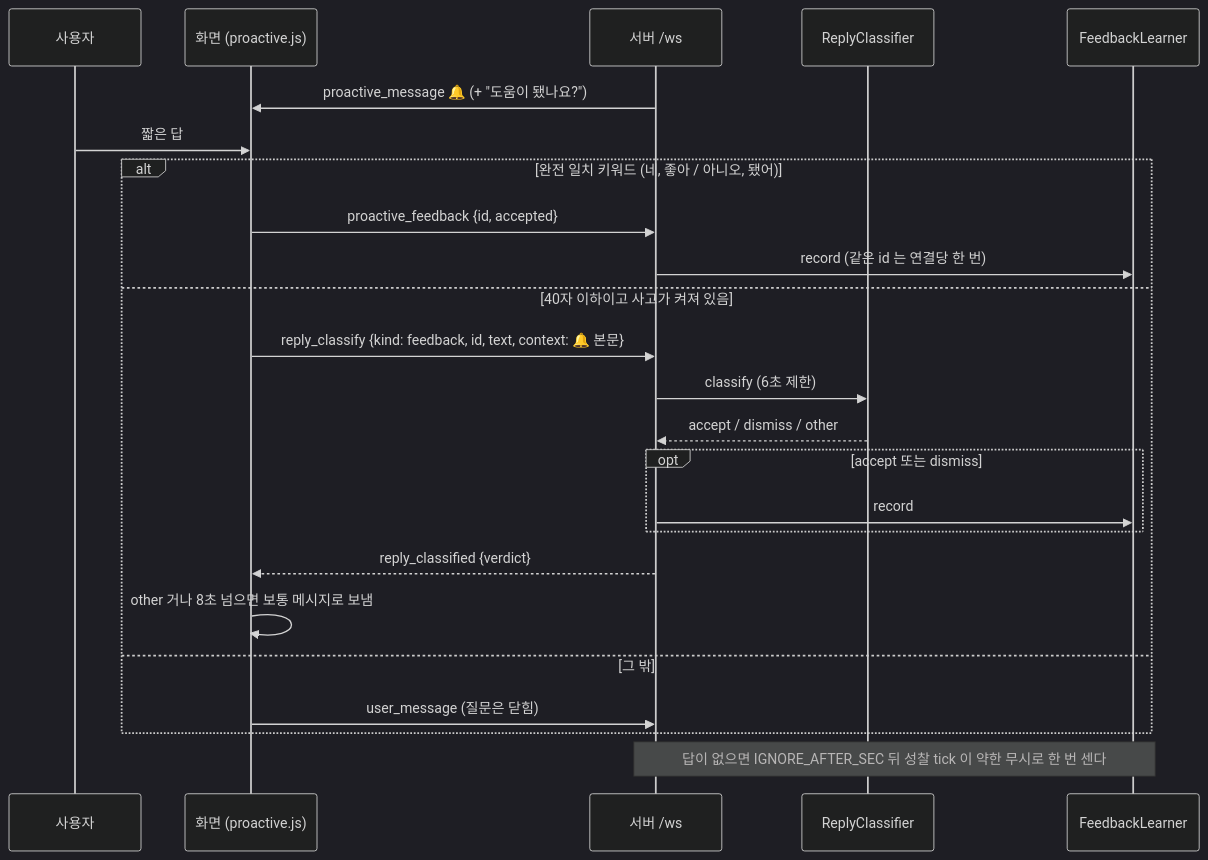
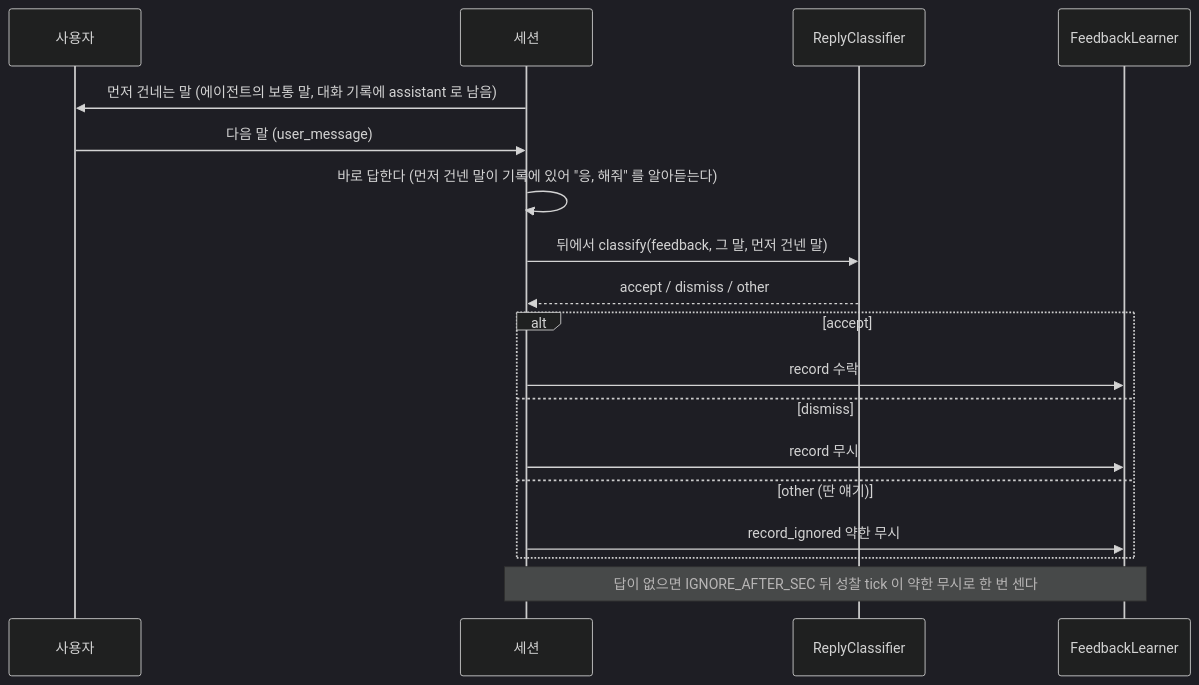
Before and after one commit to ash-hun/jarvis-agent: the third of 4 diagrams in website/docs/concepts/architecture/proactive.md, drawn with Mermaid (dark theme). The commit also changed other lines of this file and 19 other files, not shown here.

````diff
--- a/website/docs/concepts/architecture/proactive.md
+++ b/website/docs/concepts/architecture/proactive.md
@@ -110,26 +118,20 @@
 ```mermaid
 sequenceDiagram
   participant U as 사용자
-  participant H as 화면 (proactive.js)
-  participant S as 서버 /ws
+  participant S as 세션
   participant C as ReplyClassifier
   participant L as FeedbackLearner
-  S->>H: proactive_message 🔔 (+ "도움이 됐나요?")
-  U->>H: 짧은 답
-  alt 완전 일치 키워드 (네, 좋아 / 아니오, 됐어)
-    H->>S: proactive_feedback {id, accepted}
-    S->>L: record (같은 id 는 연결당 한 번)
-  else 40자 이하이고 사고가 켜져 있음
-    H->>S: reply_classify {kind: feedback, id, text, context: 🔔 본문}
-    S->>C: classify (6초 제한)
-    C-->>S: accept / dismiss / other
-    opt accept 또는 dismiss
-      S->>L: record
-    end
-    S-->>H: reply_classified {verdict}
-    H->>H: other 거나 8초 넘으면 보통 메시지로 보냄
-  else 그 밖
-    H->>S: user_message (질문은 닫힘)
+  S->>U: 먼저 건네는 말 (에이전트의 보통 말, 대화 기록에 assistant 로 남음)
+  U->>S: 다음 말 (user_message)
+  S->>S: 바로 답한다 (먼저 건넨 말이 기록에 있어 "응, 해줘" 를 알아듣는다)
+  S->>C: 뒤에서 classify(feedback, 그 말, 먼저 건넨 말)
+  C-->>S: accept / dismiss / other
+  alt accept
+    S->>L: record 수락
+  else dismiss
+    S->>L: record 무시
+  else other (딴 얘기)
+    S->>L: record_ignored 약한 무시
   end
   Note over S,L: 답이 없으면 IGNORE_AFTER_SEC 뒤 성찰 tick 이 약한 무시로 한 번 센다
 ```
````
